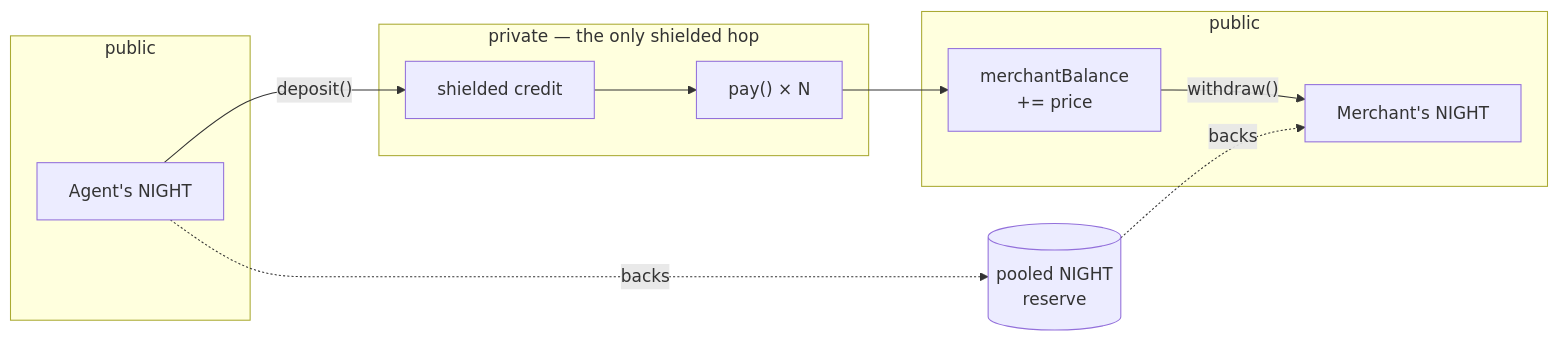
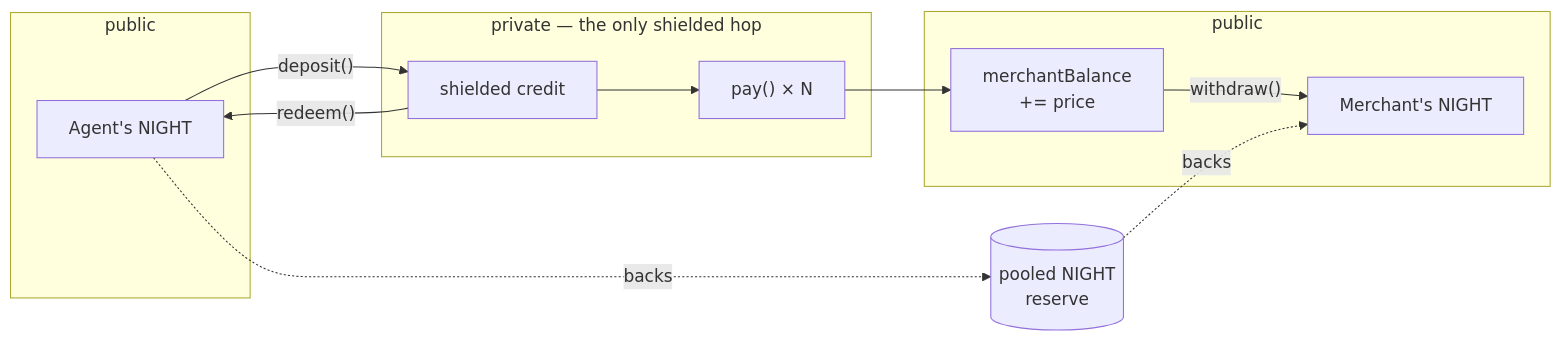
One commit to julianariel/m402 changed the first of 9 diagrams in docs/architecture/payment-flow.md. Above: the diagram before and after it, drawn with Mermaid. The commit also changed other lines of this file and 6 other files, not shown here.

````diff
--- a/docs/architecture/payment-flow.md
+++ b/docs/architecture/payment-flow.md
@@ -13,25 +13,26 @@
 ```mermaid
 flowchart LR
     subgraph pub1["public"]
         night["Agent's NIGHT"]
     end
 
     subgraph priv["private — the only shielded hop"]
         credit["shielded credit"]
         pay["pay() × N"]
     end
 
     subgraph pub2["public"]
         bal["merchantBalance<br/>+= price"]
         out["Merchant's NIGHT"]
     end
 
     night -->|"deposit()"| credit
     credit --> pay
+    credit -->|"redeem()"| night
     pay --> bal
     bal -->|"withdraw()"| out
 
     pool[("pooled NIGHT<br/>reserve")]
     night -.->|backs| pool
     pool -.->|backs| out
 ```
````
